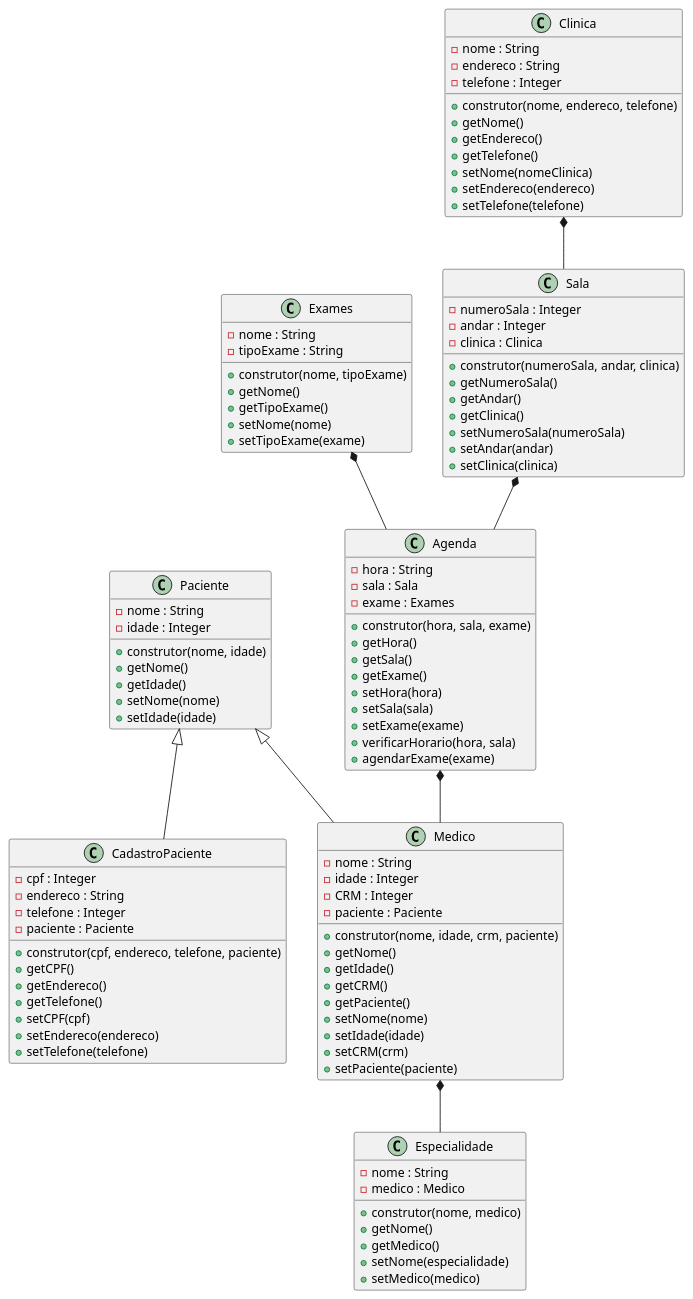
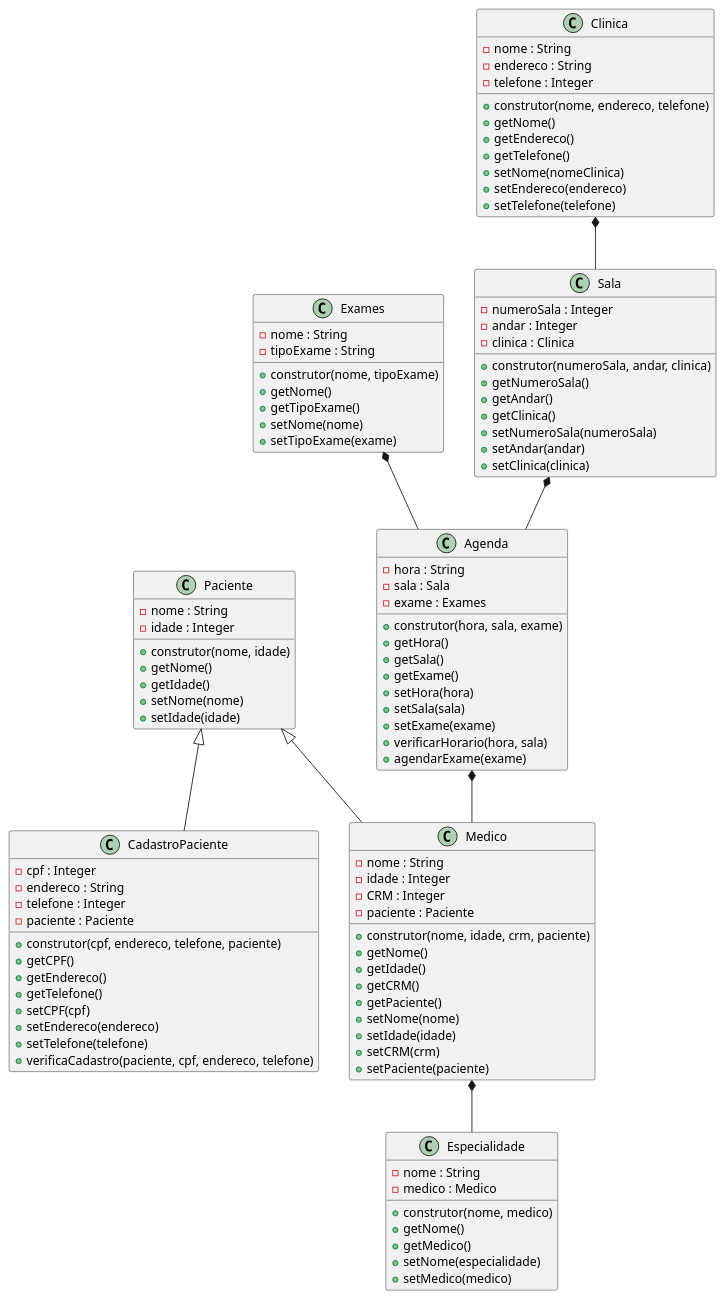
Before and after one commit to anleaes/2022-1-N2-POO-03: the diagram in diagrama.plantuml, drawn with PlantUML.

Commit message:
criado função verificaCadastro com parametros: paciente, cpf, endereco, telefone

```diff
--- a/diagrama.plantuml
+++ b/diagrama.plantuml
@@ -1,112 +1,113 @@
 @startuml Gerenciamento de Exames Medicos
 
     class Agenda{
         - hora : String
         - sala : Sala
         - exame : Exames
         + construtor(hora, sala, exame)
         + getHora()
         + getSala()
         + getExame()
         + setHora(hora)
         + setSala(sala)
         + setExame(exame)
         + verificarHorario(hora, sala)
         + agendarExame(exame)
     }
 
     class Paciente{
         - nome : String
         - idade : Integer
         + construtor(nome, idade)
         + getNome()
         + getIdade()
         + setNome(nome)
         + setIdade(idade)
     }
 
     class CadastroPaciente{
         - cpf : Integer
         - endereco : String
         - telefone : Integer
         - paciente : Paciente
         + construtor(cpf, endereco, telefone, paciente)
         + getCPF()
         + getEndereco()
         + getTelefone()
         + setCPF(cpf)
         + setEndereco(endereco)
         + setTelefone(telefone)
+        + verificaCadastro(paciente, cpf, endereco, telefone)
     }
 
     class Medico{
         - nome : String
         - idade : Integer
         - CRM : Integer
         - paciente : Paciente
         + construtor(nome, idade, crm, paciente)
         + getNome()
         + getIdade()
         + getCRM()
         + getPaciente()
         + setNome(nome)
         + setIdade(idade)
         + setCRM(crm)
         + setPaciente(paciente)
     }
 
     class Exames{
         - nome : String
         - tipoExame : String
         + construtor(nome, tipoExame)
         + getNome()
         + getTipoExame()
         + setNome(nome)
         + setTipoExame(exame)
     }
 
     class Especialidade{
         - nome : String
         - medico : Medico
         + construtor(nome, medico)
         + getNome()
         + getMedico()
         + setNome(especialidade)
         + setMedico(medico)
     }
 
     class Clinica{
         - nome : String
         - endereco : String
         - telefone : Integer
         + construtor(nome, endereco, telefone)
         + getNome()
         + getEndereco()
         + getTelefone()
         + setNome(nomeClinica)
         + setEndereco(endereco)
         + setTelefone(telefone)
     }
 
     class Sala{
         - numeroSala : Integer
         - andar : Integer
         - clinica : Clinica
         + construtor(numeroSala, andar, clinica)
         + getNumeroSala()
         + getAndar()
         + getClinica()
         + setNumeroSala(numeroSala)
         + setAndar(andar)
         + setClinica(clinica)
     }
 
     Paciente <|-- CadastroPaciente
     Paciente <|-- Medico
     Medico *-- Especialidade
     Exames *-- Agenda
     Sala *-- Agenda
     Agenda *-- Medico
     Clinica *-- Sala
 
 @enduml
```
